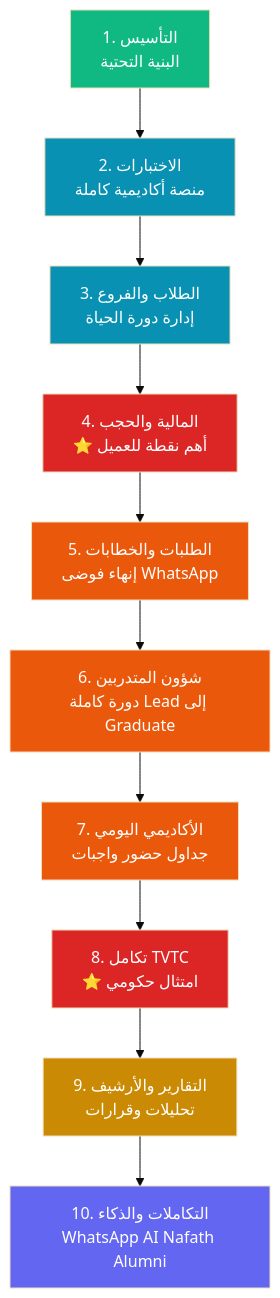
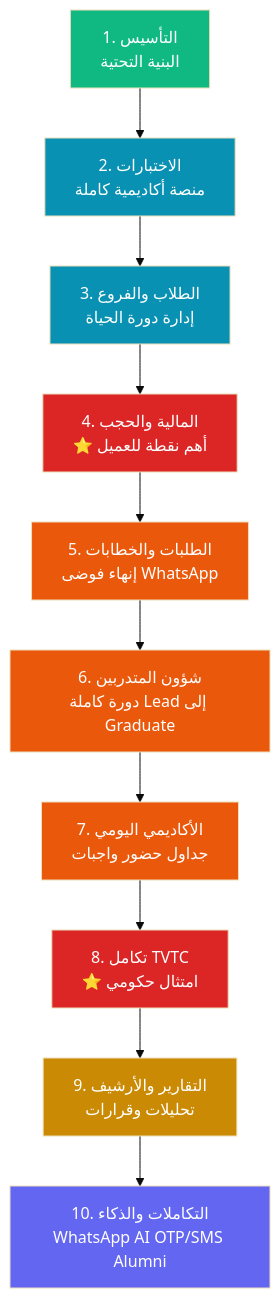
One commit to alharbib902-del/technical-handover changed the diagram in 03-المراحل-التنفيذية/README.md. Above: the diagram before and after it, drawn with Mermaid (base theme). The commit also changed other lines of this file and 22 other files, not shown here.

````diff
--- a/03-المراحل-التنفيذية/README.md
+++ b/03-المراحل-التنفيذية/README.md
@@ -31,23 +75,23 @@
 ```mermaid
 graph TB
     P1[1. التأسيس<br/>البنية التحتية] --> P2[2. الاختبارات<br/>منصة أكاديمية كاملة]
     P2 --> P3[3. الطلاب والفروع<br/>إدارة دورة الحياة]
     P3 --> P4[4. المالية والحجب<br/>⭐ أهم نقطة للعميل]
     P4 --> P5[5. الطلبات والخطابات<br/>إنهاء فوضى WhatsApp]
     P5 --> P6[6. شؤون المتدربين<br/>دورة كاملة Lead إلى Graduate]
     P6 --> P7[7. الأكاديمي اليومي<br/>جداول حضور واجبات]
     P7 --> P8[8. تكامل TVTC<br/>⭐ امتثال حكومي]
     P8 --> P9[9. التقارير والأرشيف<br/>تحليلات وقرارات]
-    P9 --> P10[10. التكاملات والذكاء<br/>WhatsApp AI Nafath Alumni]
+    P9 --> P10[10. التكاملات والذكاء<br/>WhatsApp AI OTP/SMS Alumni]
 
     style P1 fill:#10b981,color:#fff
     style P2 fill:#0891b2,color:#fff
     style P3 fill:#0891b2,color:#fff
     style P4 fill:#dc2626,color:#fff
     style P5 fill:#ea580c,color:#fff
     style P6 fill:#ea580c,color:#fff
     style P7 fill:#ea580c,color:#fff
     style P8 fill:#dc2626,color:#fff
     style P9 fill:#ca8a04,color:#fff
     style P10 fill:#6366f1,color:#fff
 ```
````
